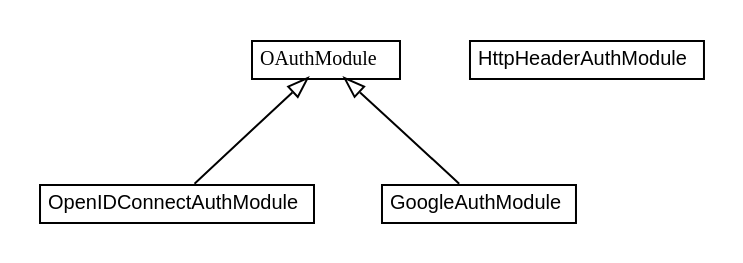
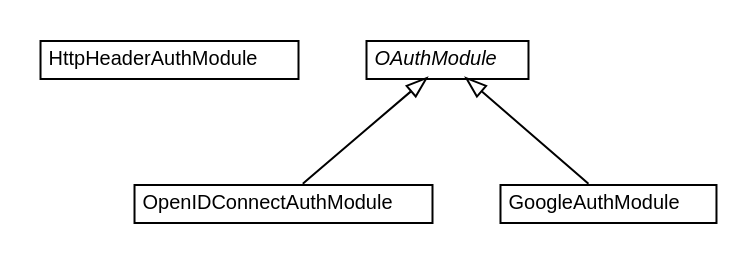
The diagram in apidocs/net/trajano/auth/net.trajano.auth.dot (trajano/server-auth-modules), drawn with Graphviz before and after one commit. The commit also changed 177 other files, not shown here.

```diff
--- a/apidocs/net/trajano/auth/net.trajano.auth.dot
+++ b/apidocs/net/trajano/auth/net.trajano.auth.dot
@@ -1,40 +1,40 @@
 #!/usr/local/bin/dot
 #
 # Class diagram 
 # Generated by UMLGraph version R5_6-24-gf6e263 (http://www.umlgraph.org/)
 #
 
 digraph G {
-	edge [fontname="arial",fontsize=10,labelfontname="arial",labelfontsize=10];
-	node [fontname="arial",fontsize=10,shape=plaintext];
+	edge [fontname="Helvetica",fontsize=10,labelfontname="Helvetica",labelfontsize=10];
+	node [fontname="Helvetica",fontsize=10,shape=plaintext];
 	nodesep=0.25;
 	ranksep=0.5;
+	// net.trajano.auth.HttpHeaderAuthModule
+	c0 [label=<<table title="net.trajano.auth.HttpHeaderAuthModule" border="0" cellborder="1" cellspacing="0" cellpadding="2" port="p" href="./HttpHeaderAuthModule.html">
+		<tr><td><table border="0" cellspacing="0" cellpadding="1">
+<tr><td align="center" balign="center"> HttpHeaderAuthModule </td></tr>
+		</table></td></tr>
+		</table>>, URL="./HttpHeaderAuthModule.html", fontname="Helvetica", fontcolor="black", fontsize=10.0];
+	// net.trajano.auth.OAuthModule
+	c1 [label=<<table title="net.trajano.auth.OAuthModule" border="0" cellborder="1" cellspacing="0" cellpadding="2" port="p" href="./OAuthModule.html">
+		<tr><td><table border="0" cellspacing="0" cellpadding="1">
+<tr><td align="center" balign="center"><font face="Helvetica-Oblique"> OAuthModule </font></td></tr>
+		</table></td></tr>
+		</table>>, URL="./OAuthModule.html", fontname="Helvetica", fontcolor="black", fontsize=10.0];
 	// net.trajano.auth.OpenIDConnectAuthModule
-	c0 [label=<<table title="net.trajano.auth.OpenIDConnectAuthModule" border="0" cellborder="1" cellspacing="0" cellpadding="2" port="p" href="./OpenIDConnectAuthModule.html">
+	c2 [label=<<table title="net.trajano.auth.OpenIDConnectAuthModule" border="0" cellborder="1" cellspacing="0" cellpadding="2" port="p" href="./OpenIDConnectAuthModule.html">
 		<tr><td><table border="0" cellspacing="0" cellpadding="1">
 <tr><td align="center" balign="center"> OpenIDConnectAuthModule </td></tr>
 		</table></td></tr>
-		</table>>, URL="./OpenIDConnectAuthModule.html", fontname="arial", fontcolor="black", fontsize=10.0];
-	// net.trajano.auth.OAuthModule
-	c1 [label=<<table title="net.trajano.auth.OAuthModule" border="0" cellborder="1" cellspacing="0" cellpadding="2" port="p" href="./OAuthModule.html">
-		<tr><td><table border="0" cellspacing="0" cellpadding="1">
-<tr><td align="center" balign="center"><font face="arial italic"> OAuthModule </font></td></tr>
-		</table></td></tr>
-		</table>>, URL="./OAuthModule.html", fontname="arial", fontcolor="black", fontsize=10.0];
-	// net.trajano.auth.HttpHeaderAuthModule
-	c2 [label=<<table title="net.trajano.auth.HttpHeaderAuthModule" border="0" cellborder="1" cellspacing="0" cellpadding="2" port="p" href="./HttpHeaderAuthModule.html">
-		<tr><td><table border="0" cellspacing="0" cellpadding="1">
-<tr><td align="center" balign="center"> HttpHeaderAuthModule </td></tr>
-		</table></td></tr>
-		</table>>, URL="./HttpHeaderAuthModule.html", fontname="arial", fontcolor="black", fontsize=10.0];
+		</table>>, URL="./OpenIDConnectAuthModule.html", fontname="Helvetica", fontcolor="black", fontsize=10.0];
 	// net.trajano.auth.GoogleAuthModule
 	c3 [label=<<table title="net.trajano.auth.GoogleAuthModule" border="0" cellborder="1" cellspacing="0" cellpadding="2" port="p" href="./GoogleAuthModule.html">
 		<tr><td><table border="0" cellspacing="0" cellpadding="1">
 <tr><td align="center" balign="center"> GoogleAuthModule </td></tr>
 		</table></td></tr>
-		</table>>, URL="./GoogleAuthModule.html", fontname="arial", fontcolor="black", fontsize=10.0];
+		</table>>, URL="./GoogleAuthModule.html", fontname="Helvetica", fontcolor="black", fontsize=10.0];
 	//net.trajano.auth.OpenIDConnectAuthModule extends net.trajano.auth.OAuthModule
-	c1:p -> c0:p [dir=back,arrowtail=empty];
+	c1:p -> c2:p [dir=back,arrowtail=empty];
 	//net.trajano.auth.GoogleAuthModule extends net.trajano.auth.OAuthModule
 	c1:p -> c3:p [dir=back,arrowtail=empty];
 }
```
